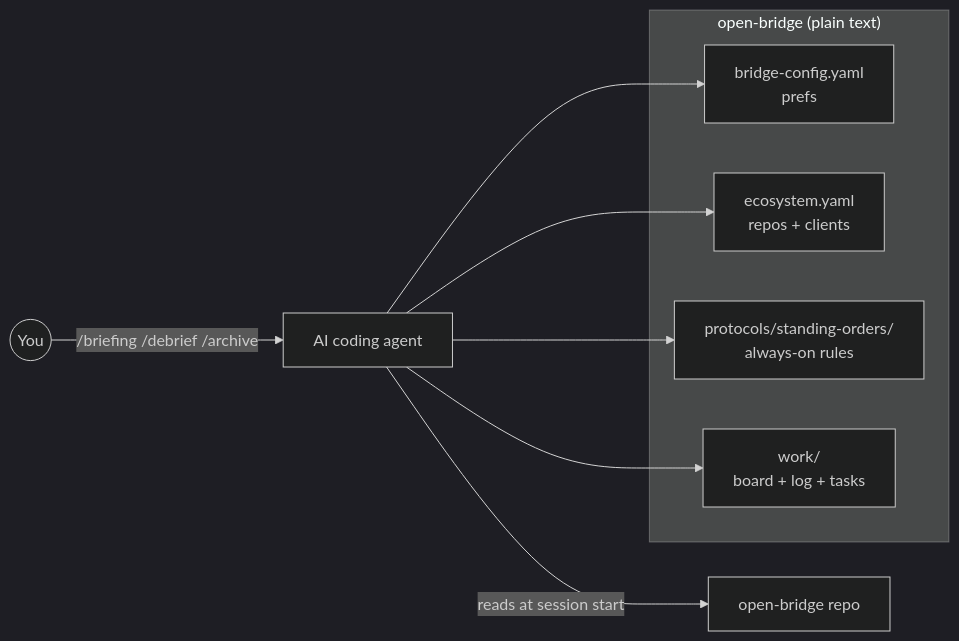
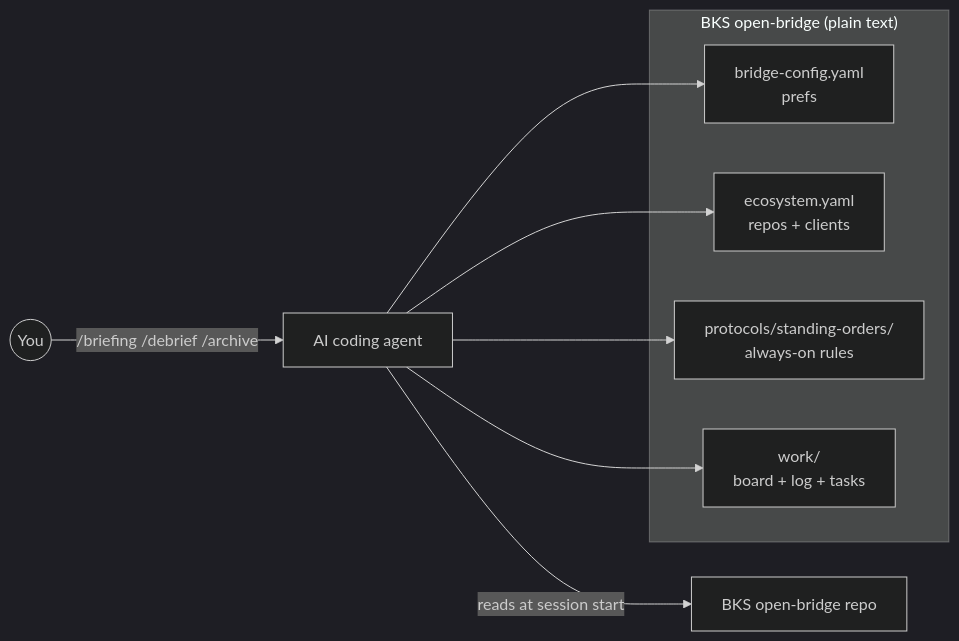
One commit to bks-lab/open-bridge changed the diagram in README.md. Above: the diagram before and after it, drawn with Mermaid. The commit also changed other lines of this file and 5 other files, not shown here.

First line of the commit message:
docs: interim brand as "BKS open-bridge" across README + Pages (#74)

````diff
--- a/README.md
+++ b/README.md
@@ -185,18 +185,18 @@
 ```mermaid
 %%{init: {'theme': 'dark'}}%%
 flowchart LR
     USER((You)) -->|"/briefing /debrief /archive"| AGENT[AI coding agent]
-    AGENT -->|reads at session start| BRIDGE[open-bridge repo]
+    AGENT -->|reads at session start| BRIDGE[BKS open-bridge repo]
 
-    subgraph BRIDGE_INTERNALS["open-bridge (plain text)"]
+    subgraph BRIDGE_INTERNALS["BKS open-bridge (plain text)"]
         CONFIG[bridge-config.yaml<br/>prefs]
         ECO[ecosystem.yaml<br/>repos + clients]
         STANDING[protocols/standing-orders/<br/>always-on rules]
         WORK[work/<br/>board + log + tasks]
     end
 
     AGENT --> CONFIG
     AGENT --> ECO
     AGENT --> STANDING
     AGENT --> WORK
 ```
````
